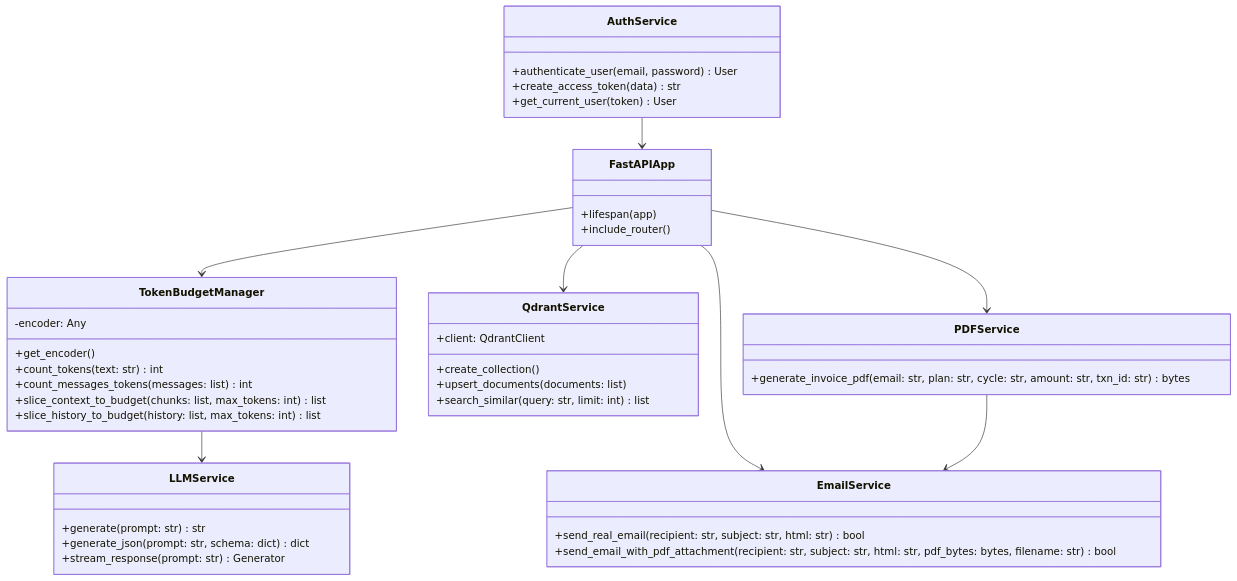
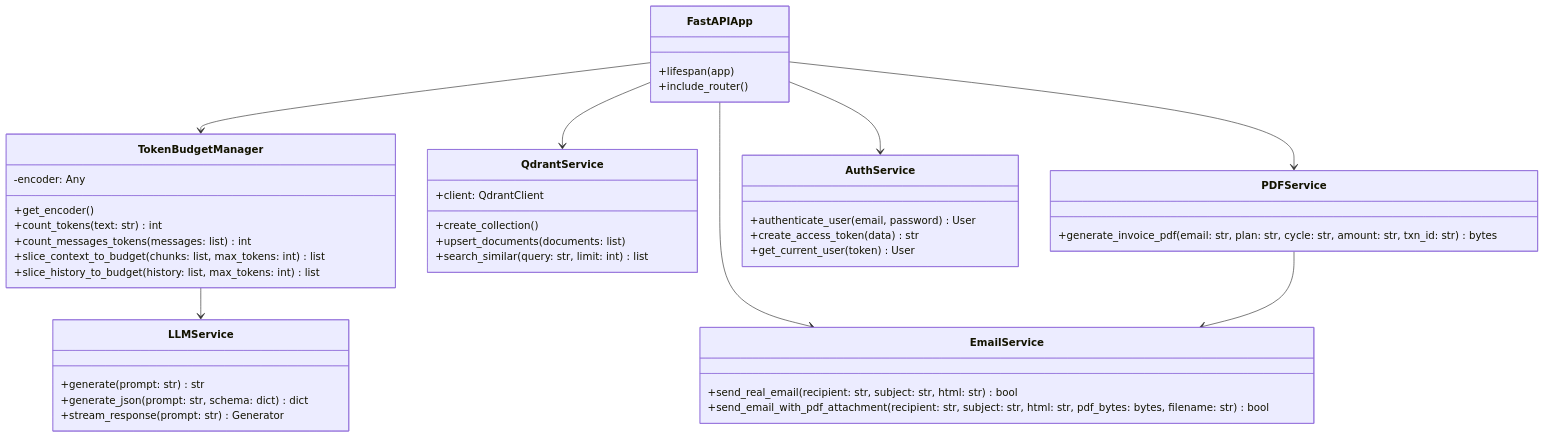
One commit to Aniket-Athanikar/Aptora changed the third of 3 diagrams in README.md. Above: the diagram before and after it, drawn with Mermaid. The commit also changed other lines of this file and 16 other files, not shown here.

````diff
--- a/README.md
+++ b/README.md
@@ -244,52 +342,54 @@
 ```mermaid
 classDiagram
+
     class FastAPIApp {
         +lifespan(app)
         +include_router()
     }
 
     class TokenBudgetManager {
         -encoder: Any
         +get_encoder()
         +count_tokens(text: str) int
         +count_messages_tokens(messages: list) int
         +slice_context_to_budget(chunks: list, max_tokens: int) list
         +slice_history_to_budget(history: list, max_tokens: int) list
     }
 
     class QdrantService {
         +client: QdrantClient
         +create_collection()
         +upsert_documents(documents: list)
         +search_similar(query: str, limit: int) list
     }
 
     class PDFService {
         +generate_invoice_pdf(email: str, plan: str, cycle: str, amount: str, txn_id: str) bytes
     }
 
     class EmailService {
         +send_real_email(recipient: str, subject: str, html: str) bool
         +send_email_with_pdf_attachment(recipient: str, subject: str, html: str, pdf_bytes: bytes, filename: str) bool
     }
 
     class LLMService {
         +generate(prompt: str) str
         +generate_json(prompt: str, schema: dict) dict
         +stream_response(prompt: str) Generator
     }
 
     class AuthService {
         +authenticate_user(email, password) User
         +create_access_token(data) str
         +get_current_user(token) User
     }
 
     FastAPIApp --> TokenBudgetManager
     FastAPIApp --> QdrantService
     FastAPIApp --> PDFService
     FastAPIApp --> EmailService
+    FastAPIApp --> AuthService
+
     TokenBudgetManager --> LLMService
     PDFService --> EmailService
-    AuthService --> FastAPIApp
 ```
````
